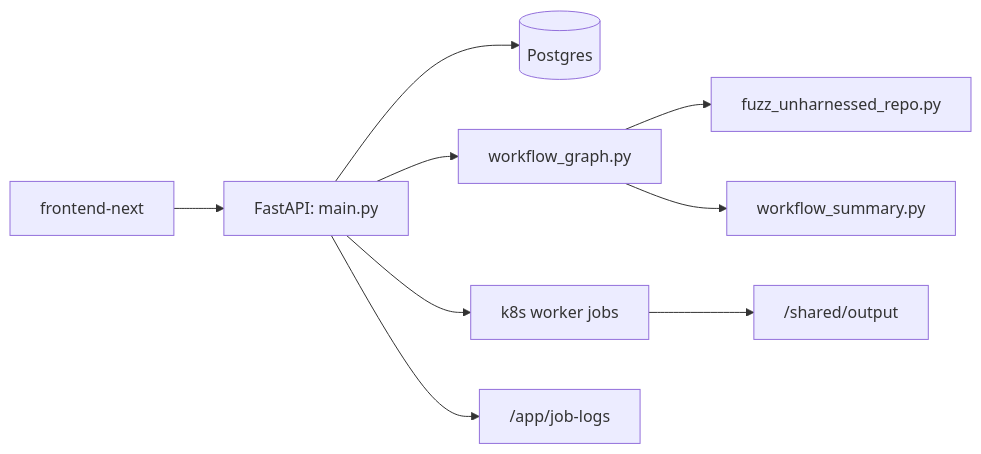
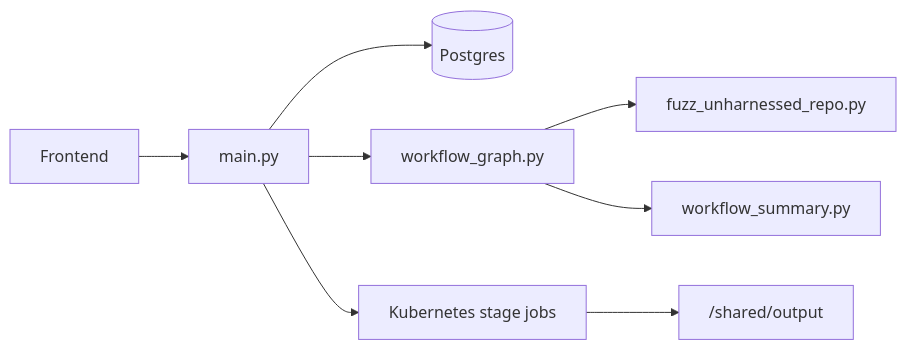
The first of 2 diagrams in docs/CODEBASE_TECHNICAL_ANALYSIS.md (ZUENS2020/Sherpa), drawn with Mermaid before and after one commit. The commit also changed other lines of this file and 17 other files, not shown here.

````diff
--- a/docs/CODEBASE_TECHNICAL_ANALYSIS.md
+++ b/docs/CODEBASE_TECHNICAL_ANALYSIS.md
@@ -19,11 +21,10 @@
 ```mermaid
 flowchart LR
-  FE["frontend-next"] --> API["FastAPI: main.py"]
+  FE["Frontend"] --> API["main.py"]
   API --> DB[("Postgres")]
   API --> WF["workflow_graph.py"]
   WF --> GEN["fuzz_unharnessed_repo.py"]
   WF --> SUM["workflow_summary.py"]
-  API --> KJ["k8s worker jobs"]
-  KJ --> OUT["/shared/output"]
-  API --> LOGS["/app/job-logs"]
+  API --> JOB["Kubernetes stage jobs"]
+  JOB --> OUT["/shared/output"]
 ```
````
